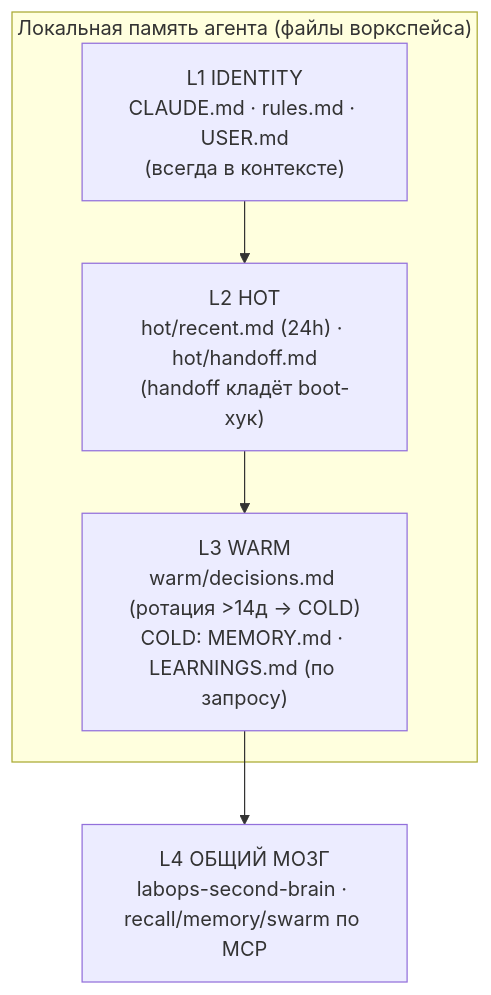
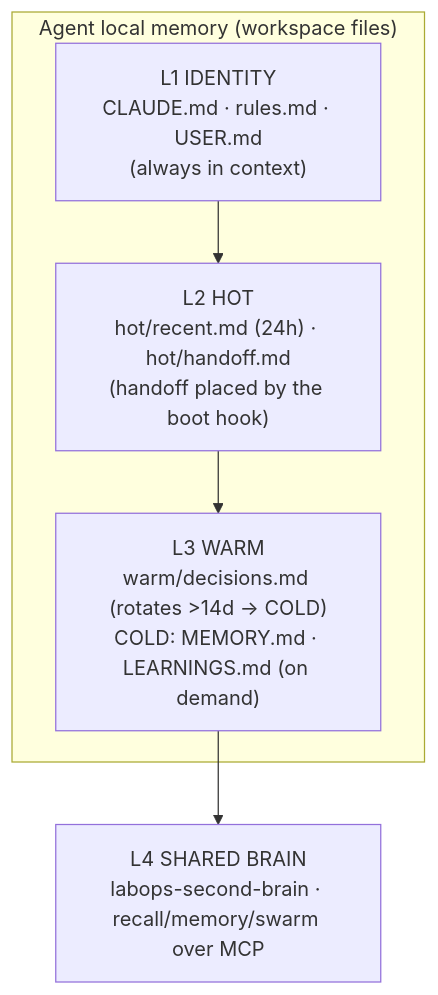
Before and after one commit to dediukhinpa/labops-agent-architecture: the third of 4 diagrams in README.md, drawn with Mermaid. The commit also changed other lines of this file and 1 other file, not shown here.

````diff
--- a/README.md
+++ b/README.md
@@ -153,10 +181,10 @@
 ```mermaid
 flowchart TB
-  subgraph local["Локальная память агента (файлы воркспейса)"]
-    L1["L1 IDENTITY<br/>CLAUDE.md · rules.md · USER.md<br/>(всегда в контексте)"]
-    L2["L2 HOT<br/>hot/recent.md (24h) · hot/handoff.md<br/>(handoff кладёт boot-хук)"]
-    L3["L3 WARM<br/>warm/decisions.md (ротация >14д → COLD)<br/>COLD: MEMORY.md · LEARNINGS.md (по запросу)"]
+  subgraph local["Agent local memory (workspace files)"]
+    L1["L1 IDENTITY<br/>CLAUDE.md · rules.md · USER.md<br/>(always in context)"]
+    L2["L2 HOT<br/>hot/recent.md (24h) · hot/handoff.md<br/>(handoff placed by the boot hook)"]
+    L3["L3 WARM<br/>warm/decisions.md (rotates >14d → COLD)<br/>COLD: MEMORY.md · LEARNINGS.md (on demand)"]
   end
-  L4["L4 ОБЩИЙ МОЗГ<br/>labops-second-brain · recall/memory/swarm по MCP"]
+  L4["L4 SHARED BRAIN<br/>labops-second-brain · recall/memory/swarm over MCP"]
   L1 --> L2 --> L3 --> L4
 ```
````
